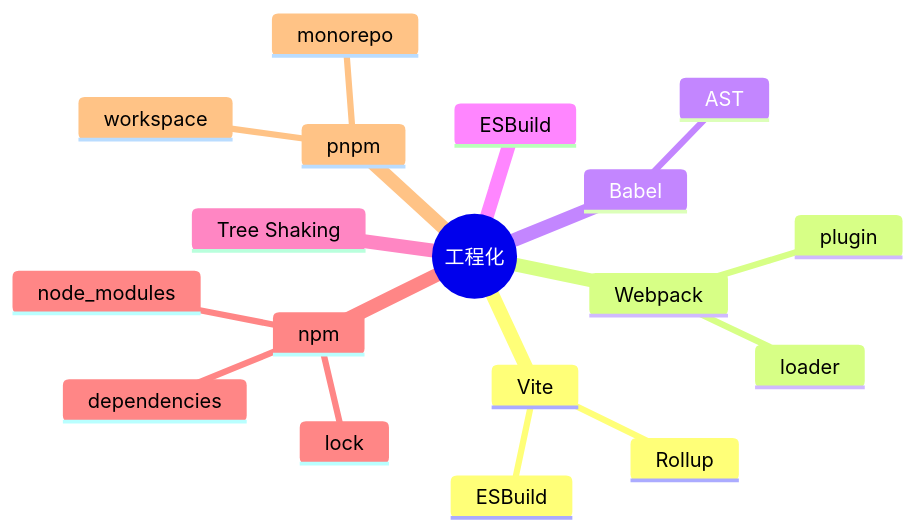
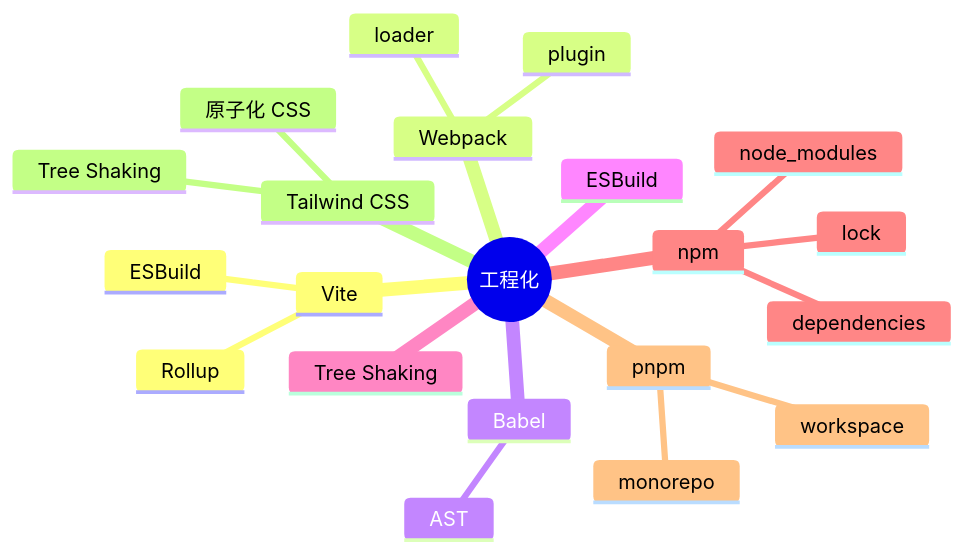
Before and after one commit to zjh42139/interview-notes: the diagram in docs/工程化/index.md, drawn with Mermaid. The commit also changed other lines of this file and 14 other files, not shown here.

````diff
--- a/docs/工程化/index.md
+++ b/docs/工程化/index.md
@@ -17,21 +17,24 @@
 ```mermaid
 mindmap
   root((工程化))
     Vite
       ESBuild
       Rollup
     Webpack
       loader
       plugin
     Babel
       AST
     ESBuild
     Tree Shaking
     npm
       dependencies
       lock
       node_modules
     pnpm
       workspace
       monorepo
+    Tailwind CSS
+      原子化 CSS
+      Tree Shaking
 ```
````
